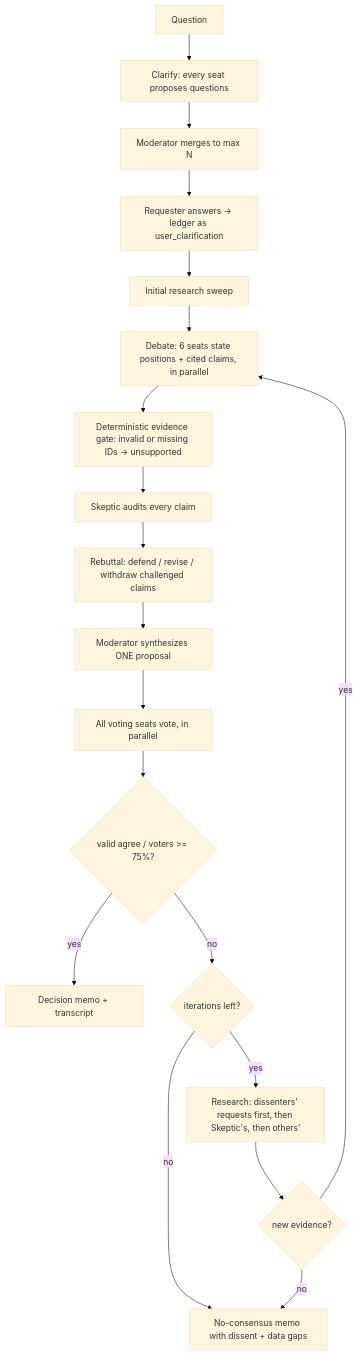
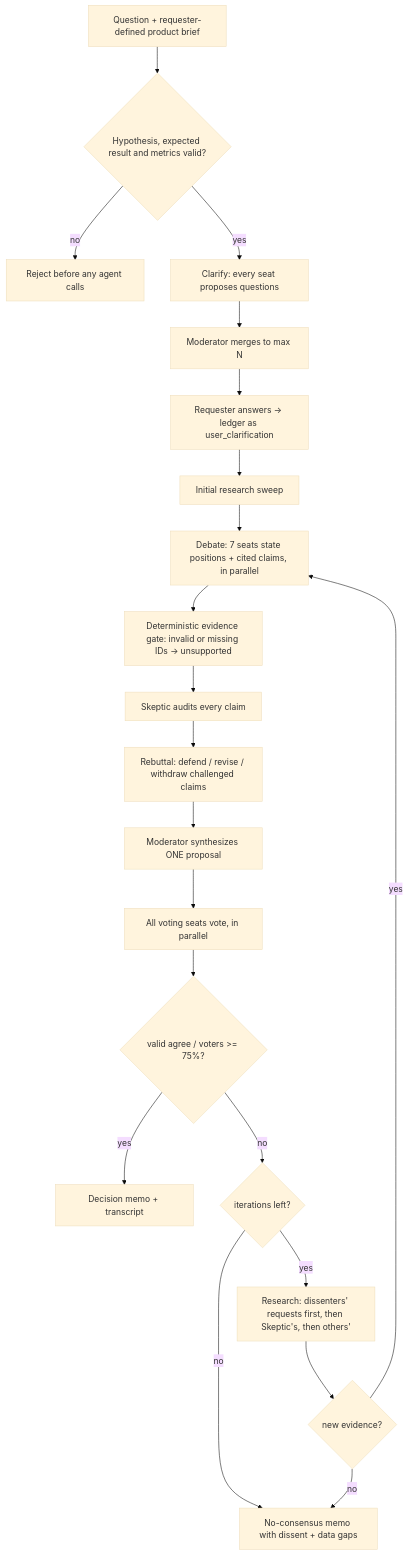
The second of 2 diagrams in docs/DESIGN.md (msftjonw-labs/product-council), drawn with Mermaid (base theme) before and after one commit. The commit also changed other lines of this file and 24 other files, not shown here.

````diff
--- a/docs/DESIGN.md
+++ b/docs/DESIGN.md
@@ -37,21 +98,23 @@
 ```mermaid
 flowchart TD
-    Q[Question] --> C1[Clarify: every seat proposes questions]
+    Q[Question + requester-defined product brief] --> B{Hypothesis, expected result and metrics valid?}
+    B -- no --> ERR[Reject before any agent calls]
+    B -- yes --> C1[Clarify: every seat proposes questions]
     C1 --> C2[Moderator merges to max N]
     C2 --> C3[Requester answers -> ledger as user_clarification]
     C3 --> R0[Initial research sweep]
-    R0 --> D[Debate: 6 seats state positions + cited claims, in parallel]
+    R0 --> D[Debate: 7 seats state positions + cited claims, in parallel]
     D --> G[Deterministic evidence gate: invalid or missing IDs -> unsupported]
     G --> S[Skeptic audits every claim]
     S --> RB[Rebuttal: defend / revise / withdraw challenged claims]
     RB --> P[Moderator synthesizes ONE proposal]
     P --> V[All voting seats vote, in parallel]
     V --> T{valid agree / voters >= 75%?}
     T -- yes --> OUT[Decision memo + transcript]
     T -- no --> MX{iterations left?}
     MX -- no --> NC[No-consensus memo with dissent + data gaps]
     MX -- yes --> RR[Research: dissenters' requests first, then Skeptic's, then others']
     RR --> NE{new evidence?}
     NE -- no --> NC
     NE -- yes --> D
 ```
````
